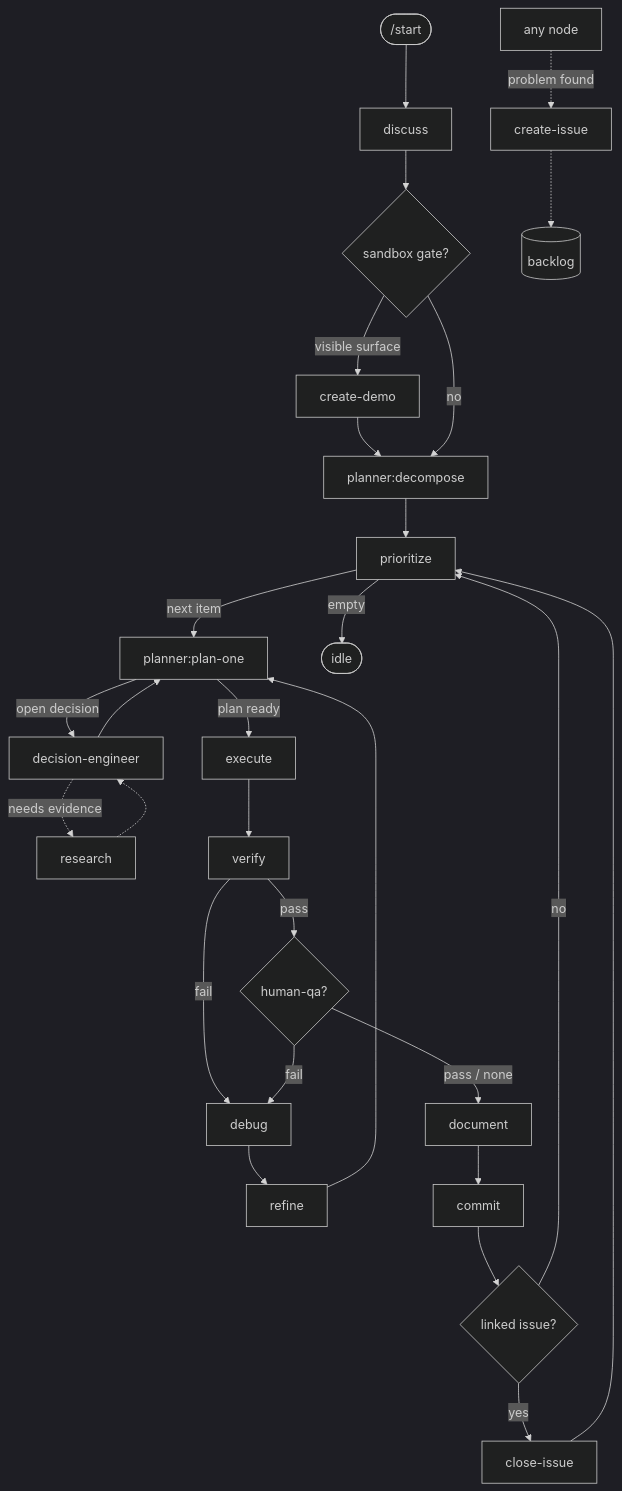
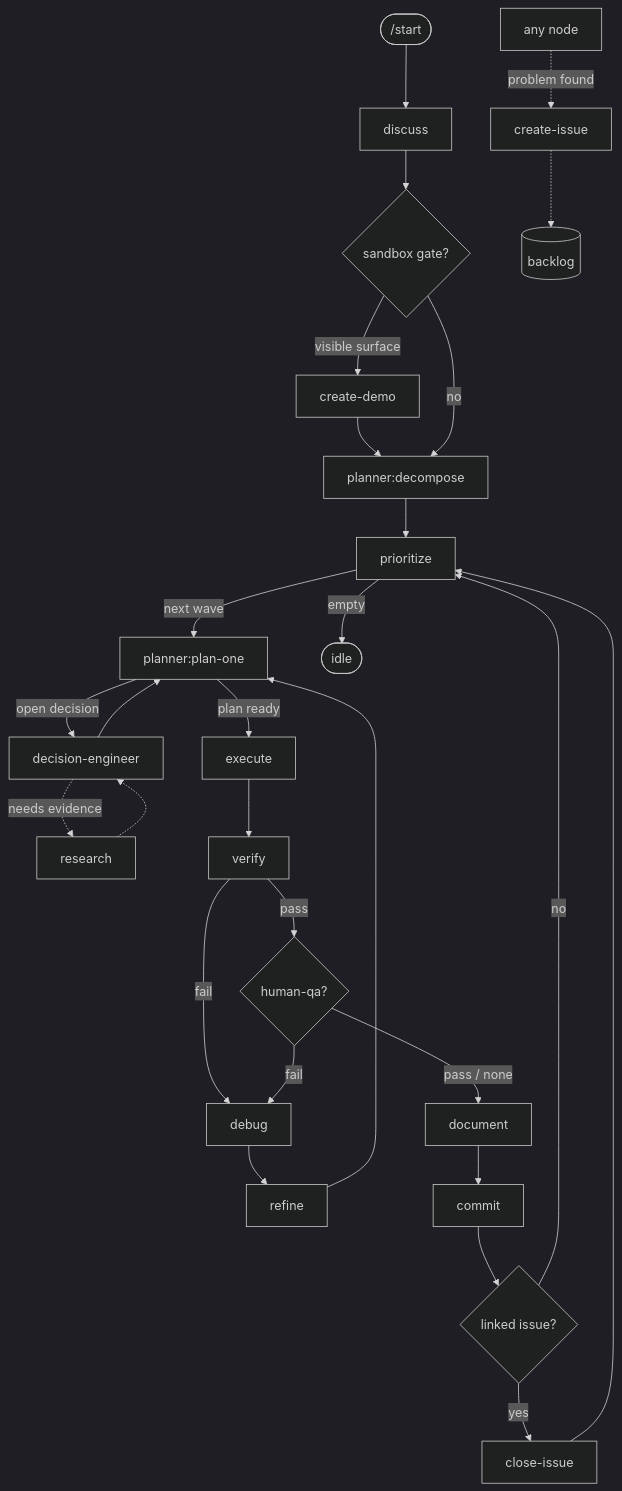
One commit to guyomer1345/dev-autonomous-workflow changed the diagram in templates/loop.md. Above: the diagram before and after it, drawn with Mermaid (dark theme). The commit also changed other lines of this file and 8 other files, not shown here.

````diff
--- a/templates/loop.md
+++ b/templates/loop.md
@@ -37,21 +37,21 @@
 ```mermaid
 flowchart TD
   start([/start]) --> discuss
   discuss --> demo{sandbox gate?}
   demo -->|visible surface| create-demo --> dec[planner:decompose]
   demo -->|no| dec
   dec --> prioritize
-  prioritize -->|next item| plan[planner:plan-one]
+  prioritize -->|next wave| plan[planner:plan-one]
   prioritize -->|empty| idle([idle])
   plan -->|open decision| decision-engineer --> plan
   decision-engineer -.needs evidence.-> research -.-> decision-engineer
   plan -->|plan ready| execute --> verify
   verify -->|pass| qa{human-qa?}
   verify -->|fail| debug --> refine --> plan
   qa -->|pass / none| document
   qa -->|fail| debug
   document --> commit --> close{linked issue?}
   close -->|yes| close-issue --> prioritize
   close -->|no| prioritize
   any[any node] -.problem found.-> create-issue -.-> backlog[(backlog)]
 ```
````
